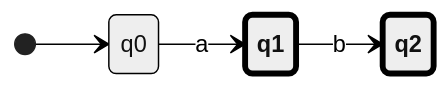
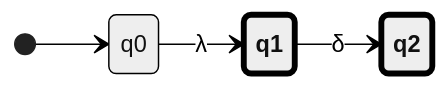
The diagram in 2025-1/AT/AT Test.md (leekyeongjun/JunsVault), drawn with Mermaid (neutral theme) before and after one commit. The commit also changed other lines of this file and 1 other file, not shown here.

Commit message:
vault backup: 2025-04-15 13:44:18

````diff
--- a/2025-1/AT/AT Test.md
+++ b/2025-1/AT/AT Test.md
@@ -3,16 +3,16 @@
 ```mermaid
 stateDiagram-v2
 direction LR
 
 classDef f font-weight:bold,stroke-width:4px,stroke:black
 
 [*] --> q0
 state q0
-q0 --> q1 : a
+q0 --> q1 : λ
 state q1
-q1 --> q2 : b 
+q1 --> q2 : δ
 state q2
 
 class q1 f
 class q2 f
 ```
````
